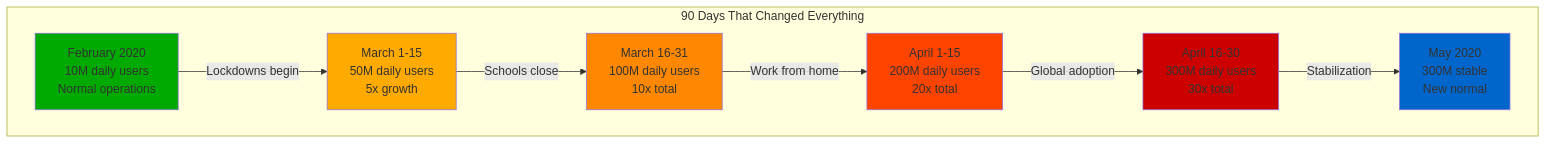
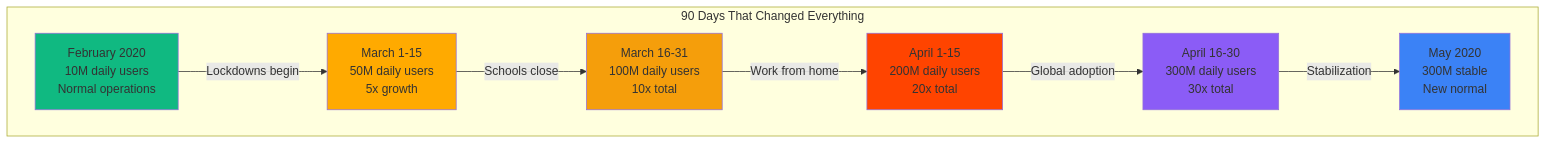
Before and after one commit to deepaucksharma/DS: the first of 9 diagrams in site/docs/capacity/zoom-covid-explosion.md, drawn with Mermaid. The commit also changed other lines of this file and 303 other files, not shown here.

````diff
--- a/site/docs/capacity/zoom-covid-explosion.md
+++ b/site/docs/capacity/zoom-covid-explosion.md
@@ -9,24 +9,24 @@
 ```mermaid
 graph TB
     subgraph Timeline[90 Days That Changed Everything]
         FEB[February 2020<br/>10M daily users<br/>Normal operations]
         MAR1[March 1-15<br/>50M daily users<br/>5x growth]
         MAR2[March 16-31<br/>100M daily users<br/>10x total]
         APR1[April 1-15<br/>200M daily users<br/>20x total]
         APR2[April 16-30<br/>300M daily users<br/>30x total]
         MAY[May 2020<br/>300M stable<br/>New normal]
     end
 
     FEB -->|"Lockdowns begin"| MAR1
     MAR1 -->|"Schools close"| MAR2
     MAR2 -->|"Work from home"| APR1
     APR1 -->|"Global adoption"| APR2
     APR2 -->|"Stabilization"| MAY
 
-    style FEB fill:#00AA00
+    style FEB fill:#10B981
     style MAR1 fill:#FFAA00
-    style MAR2 fill:#FF8800
+    style MAR2 fill:#F59E0B
     style APR1 fill:#FF4400
-    style APR2 fill:#CC0000
-    style MAY fill:#0066CC
+    style APR2 fill:#8B5CF6
+    style MAY fill:#3B82F6
 ```
````
